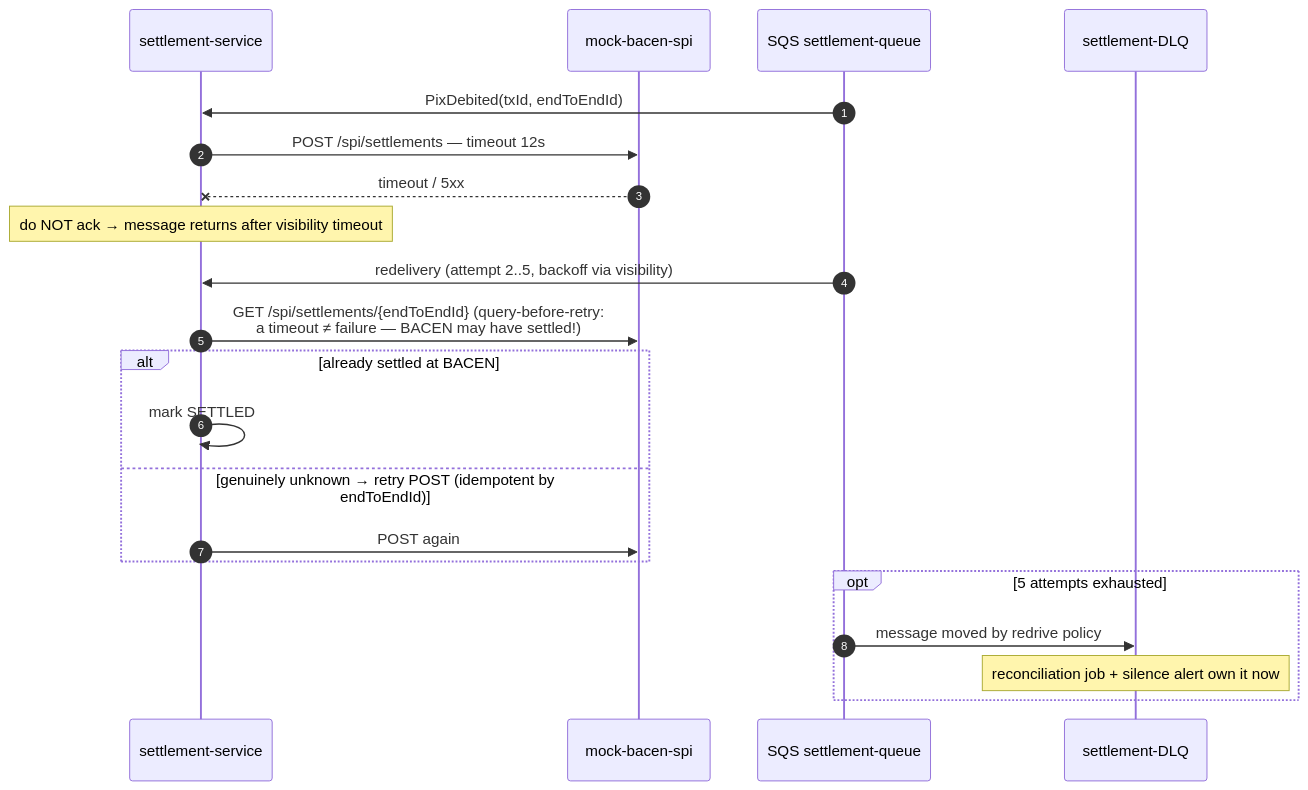
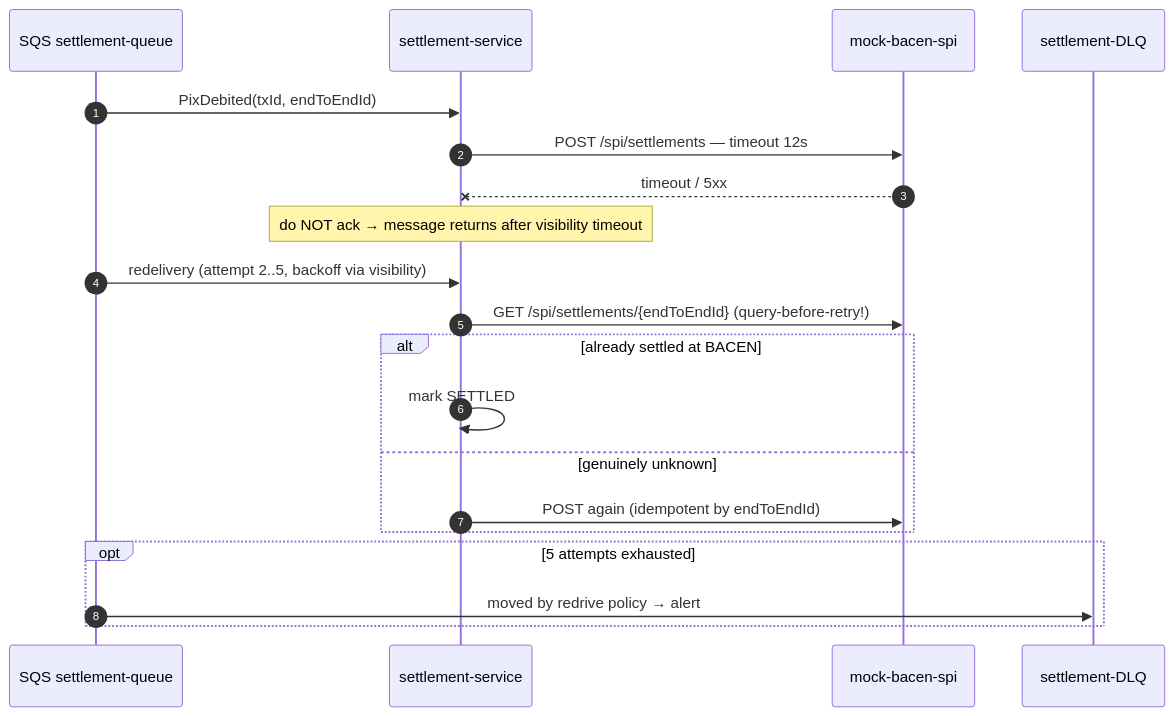
Before and after one commit to filiperibolli/platinumcoin-pix: the tenth of 13 diagrams in ARCHITECTURE.md, drawn with Mermaid. The commit also changed other lines of this file and 61 other files, not shown here.

````diff
--- a/ARCHITECTURE.md
+++ b/ARCHITECTURE.md
@@ -247,24 +487,22 @@
 ```mermaid
 sequenceDiagram
     autonumber
+    participant Q as SQS settlement-queue
     participant SET as settlement-service
     participant SPI as mock-bacen-spi
-    participant Q as SQS settlement-queue
     participant DLQ as settlement-DLQ
-
     Q->>SET: PixDebited(txId, endToEndId)
     SET->>SPI: POST /spi/settlements — timeout 12s
     SPI--xSET: timeout / 5xx
     Note over SET: do NOT ack → message returns after visibility timeout
     Q->>SET: redelivery (attempt 2..5, backoff via visibility)
-    SET->>SPI: GET /spi/settlements/{endToEndId} (query-before-retry:<br/>a timeout ≠ failure — BACEN may have settled!)
+    SET->>SPI: GET /spi/settlements/{endToEndId}  (query-before-retry!)
     alt already settled at BACEN
         SET->>SET: mark SETTLED
-    else genuinely unknown → retry POST (idempotent by endToEndId)
-        SET->>SPI: POST again
+    else genuinely unknown
+        SET->>SPI: POST again (idempotent by endToEndId)
     end
     opt 5 attempts exhausted
-        Q->>DLQ: message moved by redrive policy
-        Note over DLQ: reconciliation job + silence alert own it now
+        Q->>DLQ: moved by redrive policy → alert
     end
 ```
````
